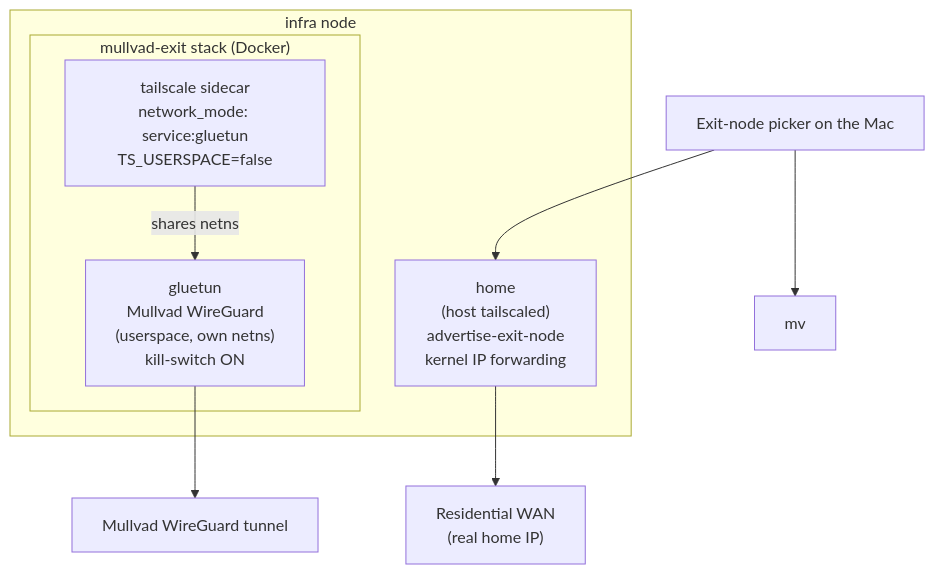
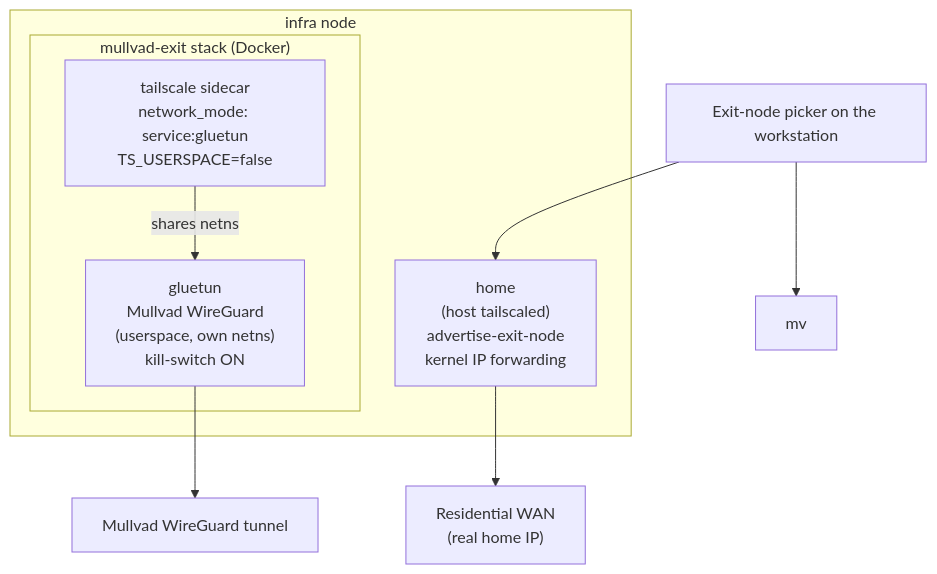
Before and after one commit to v2e-sh/v2e-docs: the second of 3 diagrams in docs/system/tailscale-dns.md, drawn with Mermaid. The commit also changed other lines of this file and 11 other files, not shown here.

````diff
--- a/docs/system/tailscale-dns.md
+++ b/docs/system/tailscale-dns.md
@@ -105,18 +98,18 @@
 ```mermaid
 flowchart TB
-    pick["Exit-node picker on the Mac"]
+    pick["Exit-node picker on the workstation"]
     pick --> home
     pick --> mv
 
     subgraph infra["infra node"]
       home["home\n(host tailscaled)\nadvertise-exit-node\nkernel IP forwarding"]
       subgraph stack["mullvad-exit stack (Docker)"]
         gluetun["gluetun\nMullvad WireGuard\n(userspace, own netns)\nkill-switch ON"]
         ts["tailscale sidecar\nnetwork_mode: service:gluetun\nTS_USERSPACE=false"]
       end
     end
 
     home --> wan["Residential WAN\n(real home IP)"]
     ts -->|shares netns| gluetun
     gluetun --> mullvad["Mullvad WireGuard tunnel"]
 ```
````
